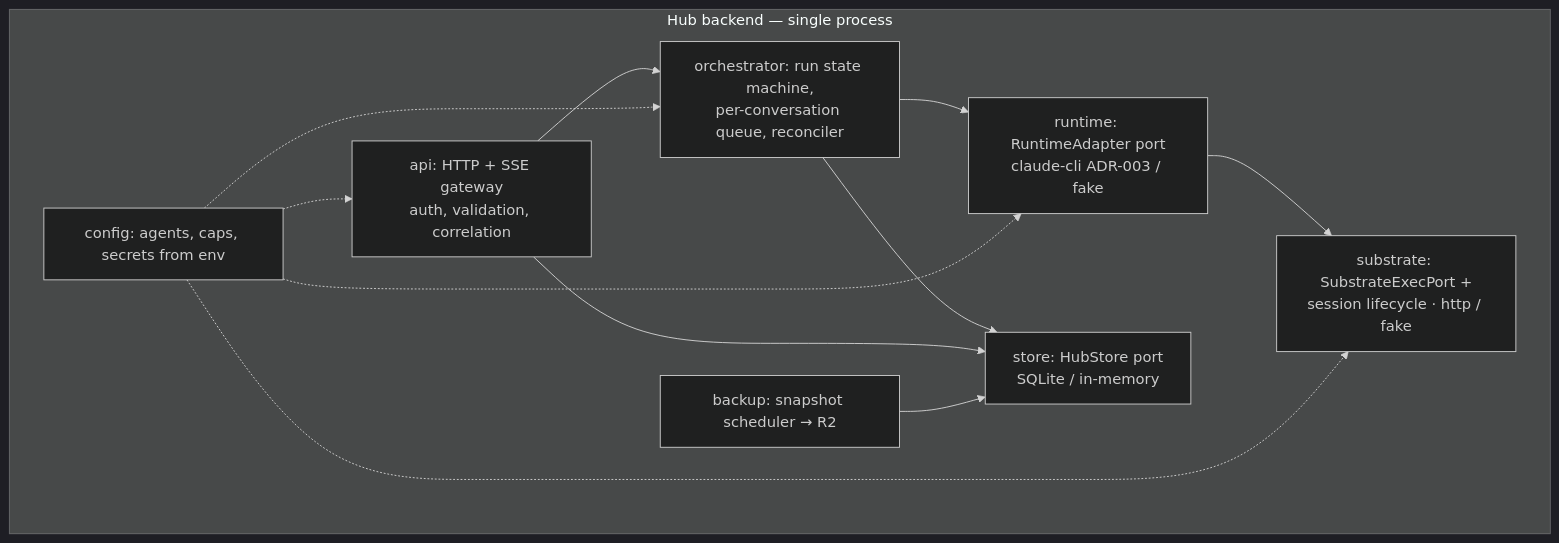
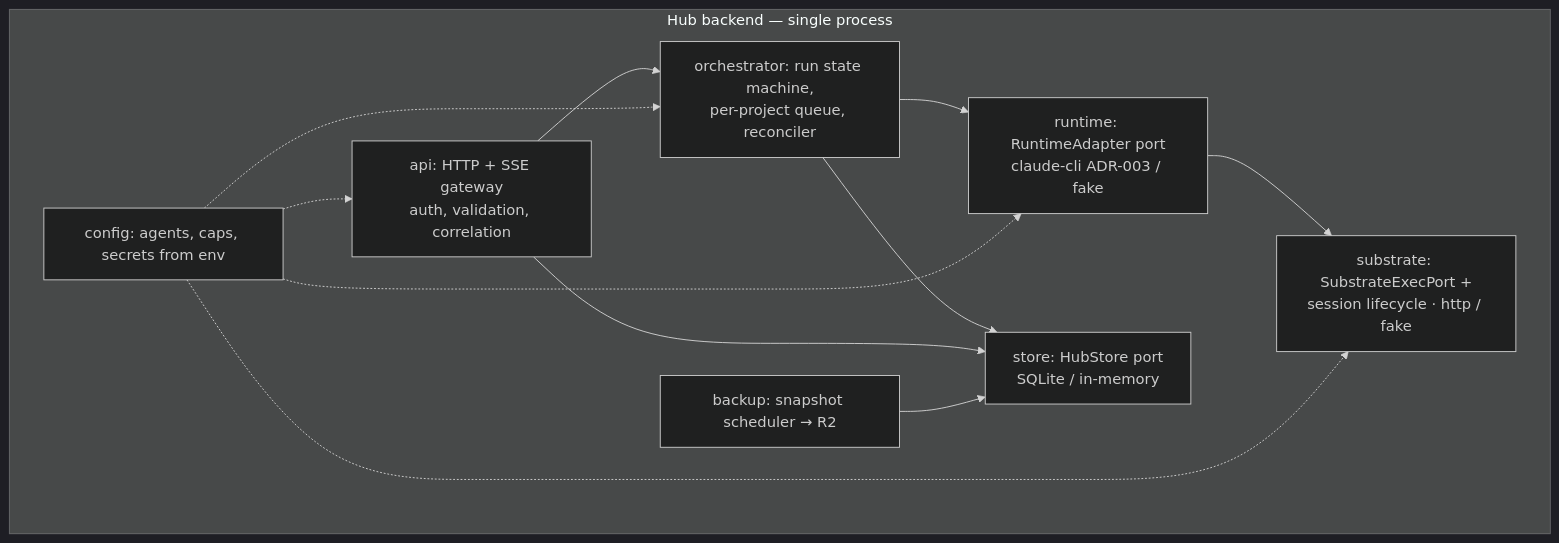
One commit to gatof81/agenthub changed the second of 2 diagrams in docs/07-architecture.md. Above: the diagram before and after it, drawn with Mermaid (dark theme). The commit also changed other lines of this file and 6 other files, not shown here.

````diff
--- a/docs/07-architecture.md
+++ b/docs/07-architecture.md
@@ -32,19 +32,19 @@
 ```mermaid
 flowchart TB
     subgraph hub[Hub backend — single process]
         API[api: HTTP + SSE gateway<br/>auth, validation, correlation]
-        ORCH[orchestrator: run state machine,<br/>per-conversation queue, reconciler]
+        ORCH[orchestrator: run state machine,<br/>per-project queue, reconciler]
         RT[runtime: RuntimeAdapter port<br/>claude-cli ADR-003 / fake]
         SUB[substrate: SubstrateExecPort +<br/>session lifecycle · http / fake]
         STORE[store: HubStore port<br/>SQLite / in-memory]
         BK[backup: snapshot scheduler → R2]
         CFG[config: agents, caps, secrets from env]
     end
     API --> ORCH
     ORCH --> RT
     RT --> SUB
     ORCH --> STORE
     API --> STORE
     BK --> STORE
     CFG -.-> API & ORCH & RT & SUB
 ```
````
